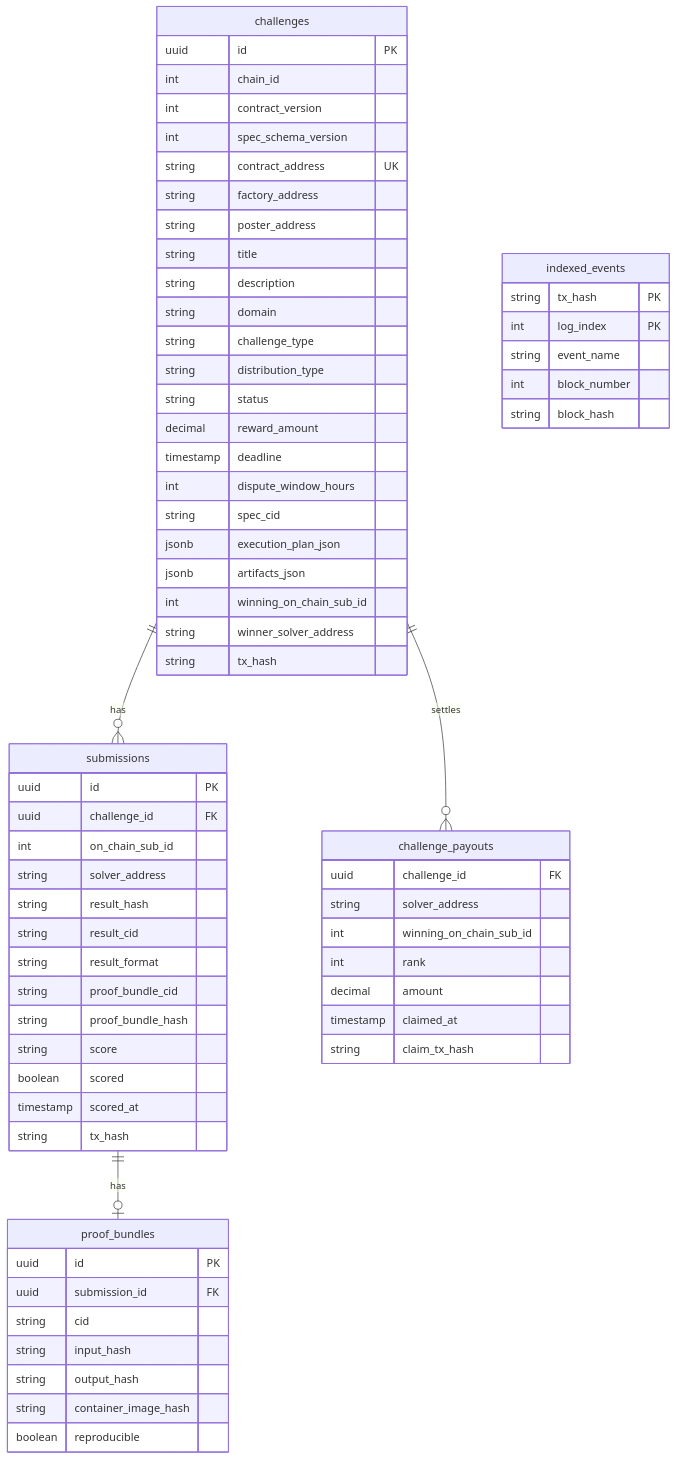
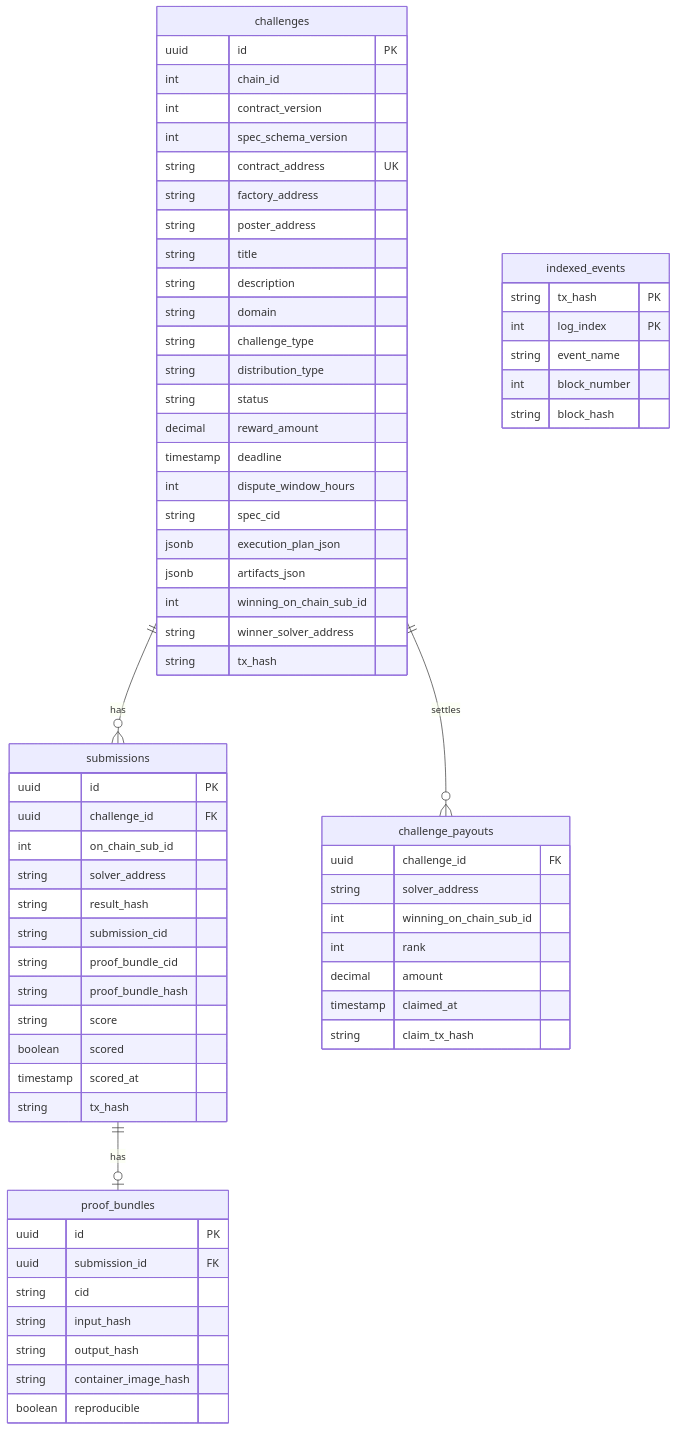
Diagram 11 of 14 in docs/architecture.md (andymolecule/Hermes), drawn with Mermaid before and after one commit. The commit also changed other lines of this file and 56 other files, not shown here.

Commit message:
Hard-cut sealed submission flow

````diff
--- a/docs/architecture.md
+++ b/docs/architecture.md
@@ -546,75 +546,74 @@
 ```mermaid
 erDiagram
     challenges {
         uuid id PK
         int chain_id
         int contract_version
         int spec_schema_version
         string contract_address UK
         string factory_address
         string poster_address
         string title
         string description
         string domain
         string challenge_type
         string distribution_type
         string status
         decimal reward_amount
         timestamp deadline
         int dispute_window_hours
         string spec_cid
         jsonb execution_plan_json
         jsonb artifacts_json
         int winning_on_chain_sub_id
         string winner_solver_address
         string tx_hash
     }
 
     submissions {
         uuid id PK
         uuid challenge_id FK
         int on_chain_sub_id
         string solver_address
         string result_hash
-        string result_cid
-        string result_format
+        string submission_cid
         string proof_bundle_cid
         string proof_bundle_hash
         string score
         boolean scored
         timestamp scored_at
         string tx_hash
     }
 
     proof_bundles {
         uuid id PK
         uuid submission_id FK
         string cid
         string input_hash
         string output_hash
         string container_image_hash
         boolean reproducible
     }
 
     challenge_payouts {
         uuid challenge_id FK
         string solver_address
         int winning_on_chain_sub_id
         int rank
         decimal amount
         timestamp claimed_at
         string claim_tx_hash
     }
 
     indexed_events {
         string tx_hash PK
         int log_index PK
         string event_name
         int block_number
         string block_hash
     }
 
     challenges ||--o{ submissions : has
     submissions ||--o| proof_bundles : has
     challenges ||--o{ challenge_payouts : settles
 ```
````
